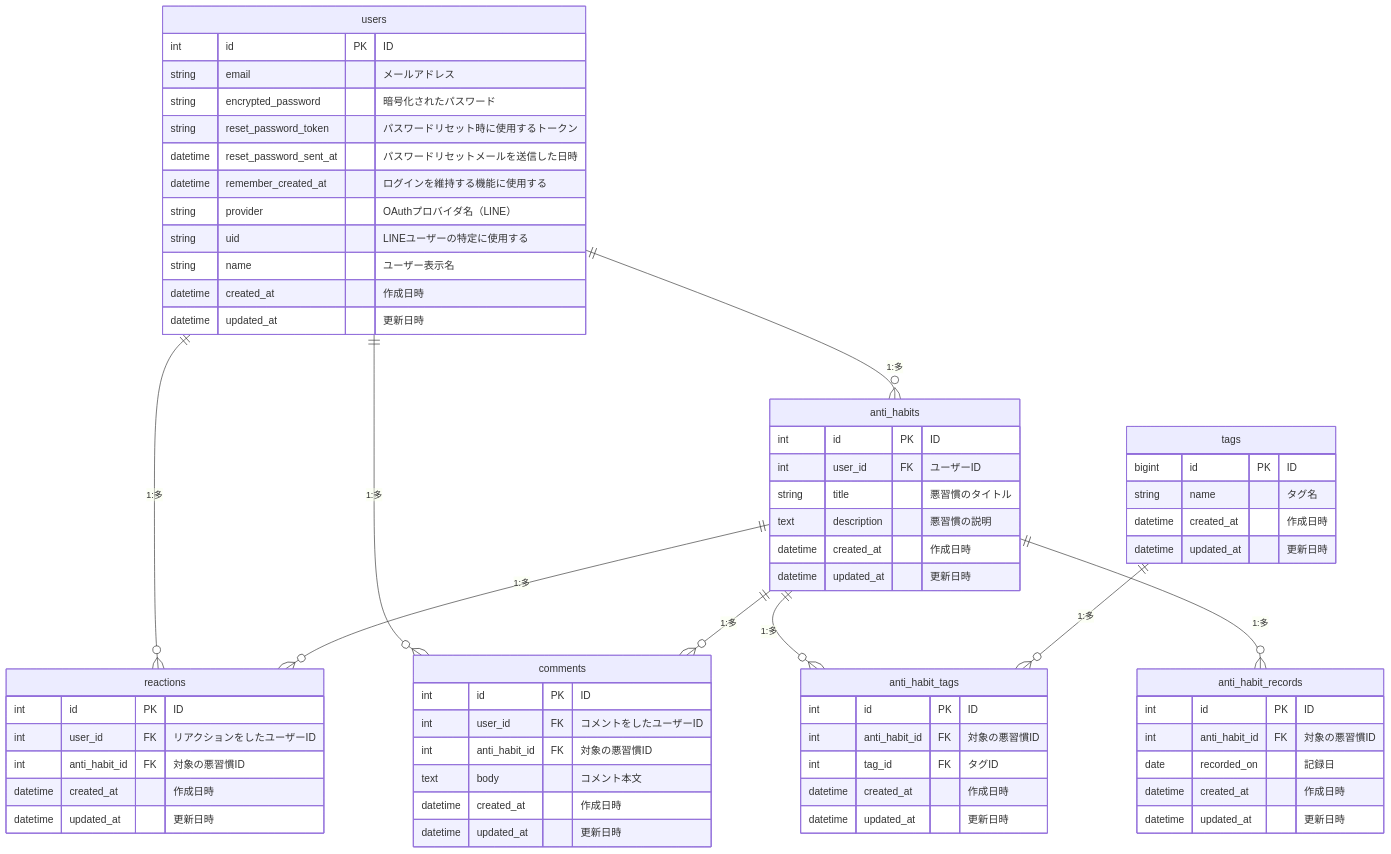
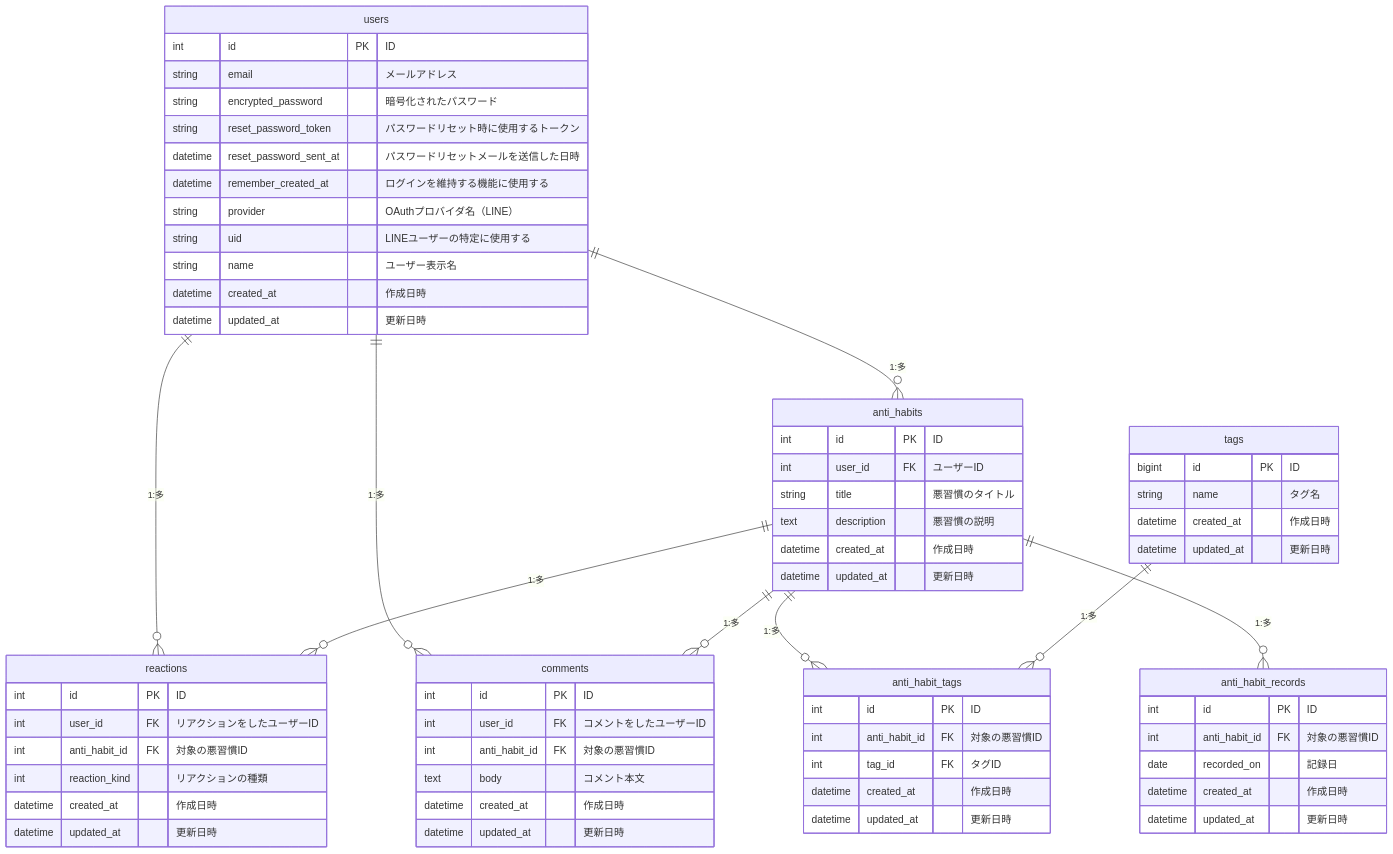
Before and after one commit to kamiyuu0/anti_habits: the diagram in README.md, drawn with Mermaid.

Commit message:
feat: reactionsテーブルにreaction_kindカラムを追加

````diff
--- a/README.md
+++ b/README.md
@@ -102,78 +102,79 @@
 ```mermaid
 erDiagram
     users {
         int id PK "ID"
         string email "メールアドレス"
         string encrypted_password "暗号化されたパスワード"
         string reset_password_token "パスワードリセット時に使用するトークン"
         datetime reset_password_sent_at "パスワードリセットメールを送信した日時"
         datetime remember_created_at "ログインを維持する機能に使用する"
         string provider "OAuthプロバイダ名（LINE）"
         string uid "LINEユーザーの特定に使用する"
         string name "ユーザー表示名"
         datetime created_at "作成日時"
         datetime updated_at "更新日時"
     }
 
     anti_habits {
         int id PK "ID"
         int user_id FK "ユーザーID"
         string title "悪習慣のタイトル"
         text description "悪習慣の説明"
         datetime created_at "作成日時"
         datetime updated_at "更新日時"
     }
 
     reactions {
         int id PK "ID"
         int user_id FK "リアクションをしたユーザーID"
         int anti_habit_id FK "対象の悪習慣ID"
+        int reaction_kind "リアクションの種類"
         datetime created_at "作成日時"
         datetime updated_at "更新日時"
     }
 
     comments {
         int id PK "ID"
         int user_id FK "コメントをしたユーザーID"
         int anti_habit_id FK "対象の悪習慣ID"
         text body "コメント本文"
         datetime created_at "作成日時"
         datetime updated_at "更新日時"
     }
 
     tags {
         bigint id PK "ID"
         string name "タグ名"
         datetime created_at "作成日時"
         datetime updated_at "更新日時"
     }
 
     anti_habit_tags {
         int id PK "ID"
         int anti_habit_id FK "対象の悪習慣ID"
         int tag_id FK "タグID"
         datetime created_at "作成日時"
         datetime updated_at "更新日時"
     }
 
     anti_habit_records {
         int id PK "ID"
         int anti_habit_id FK "対象の悪習慣ID"
         date recorded_on "記録日"
         datetime created_at "作成日時"
         datetime updated_at "更新日時"
     }
 
     %% リレーション（1:N）
     users ||--o{ anti_habits : "1:多"
     users ||--o{ reactions : "1:多"
     users ||--o{ comments : "1:多"
 
     anti_habits ||--o{ reactions : "1:多"
     anti_habits ||--o{ comments : "1:多"
     anti_habits ||--o{ anti_habit_tags : "1:多"
     anti_habits ||--o{ anti_habit_records : "1:多"
 
     tags ||--o{ anti_habit_tags : "1:多"
 
 ```
````
